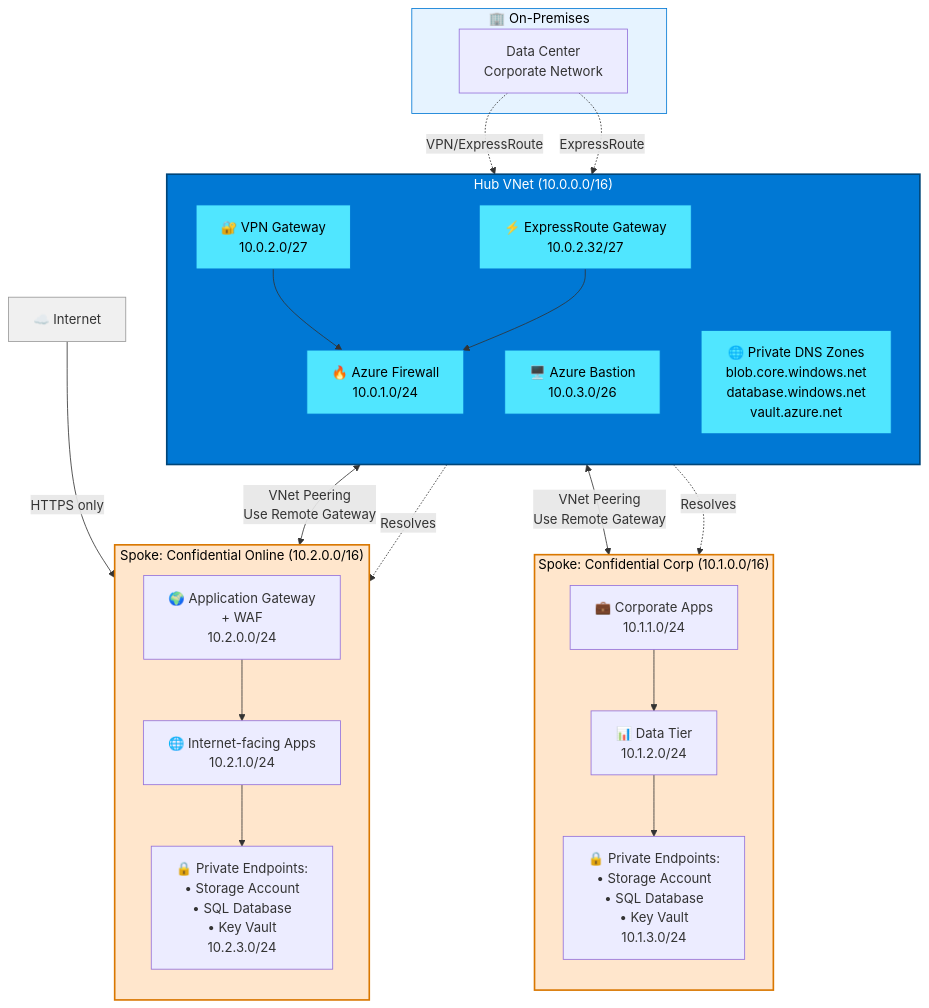
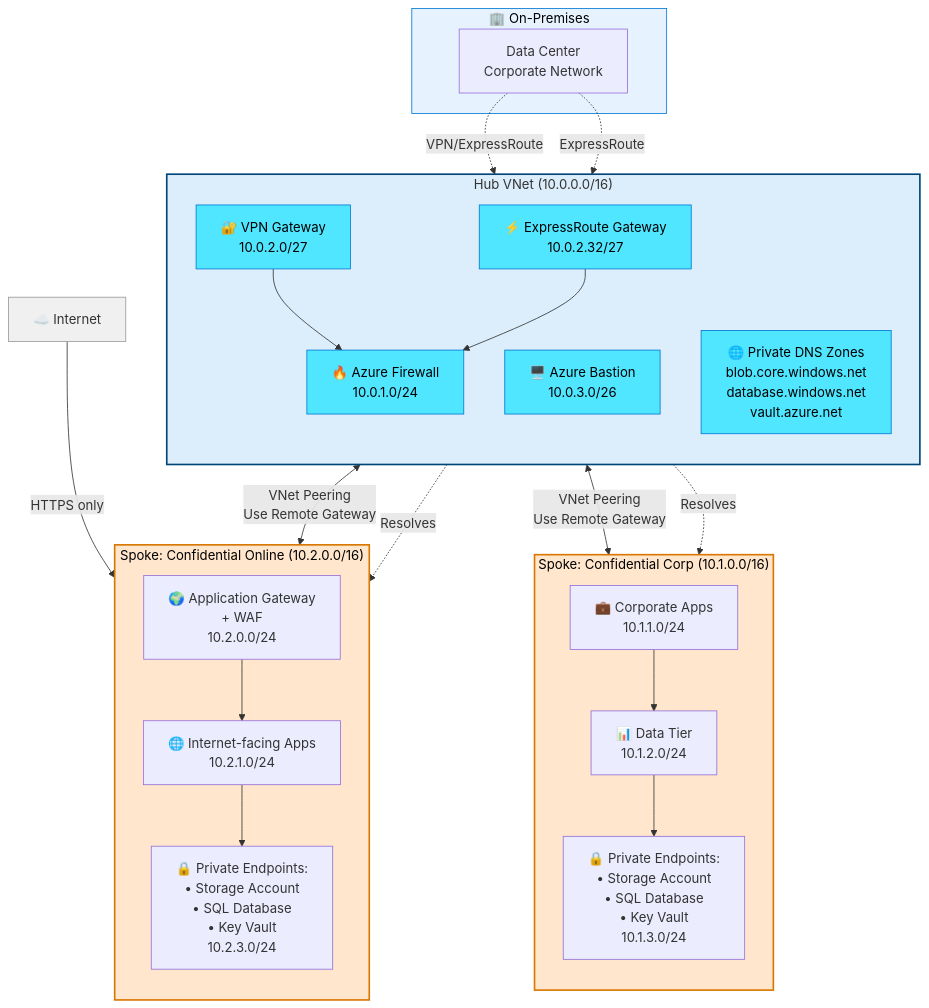
The second of 2 diagrams in docs/03-sovereignty-and-compliance/02-sovereign-landing-zone.md (EmeaAppGbb/AzureHybridContinuumCookBook), drawn with Mermaid before and after one commit. The commit also changed 28 other files, not shown here.

First line of the commit message:
Fix Mermaid diagram readability: use light pastel subgraph backgrounds

````diff
--- a/docs/03-sovereignty-and-compliance/02-sovereign-landing-zone.md
+++ b/docs/03-sovereignty-and-compliance/02-sovereign-landing-zone.md
@@ -230,62 +230,62 @@
 ```mermaid
 graph TB
     subgraph OnPrem["🏢 On-Premises"]
         DC["Data Center<br/>Corporate Network"]
     end
     
     subgraph HubVNet["Hub VNet (10.0.0.0/16)"]
         direction TB
         Firewall["🔥 Azure Firewall<br/>10.0.1.0/24"]
         VPNGw["🔐 VPN Gateway<br/>10.0.2.0/27"]
         ERGw["⚡ ExpressRoute Gateway<br/>10.0.2.32/27"]
         Bastion["🖥️ Azure Bastion<br/>10.0.3.0/26"]
         DNS["🌐 Private DNS Zones<br/>blob.core.windows.net<br/>database.windows.net<br/>vault.azure.net"]
     end
     
     subgraph SpokeConfCorp["Spoke: Confidential Corp (10.1.0.0/16)"]
         direction TB
         CorpApp["💼 Corporate Apps<br/>10.1.1.0/24"]
         CorpData["📊 Data Tier<br/>10.1.2.0/24"]
         CorpPE["🔒 Private Endpoints:<br/>• Storage Account<br/>• SQL Database<br/>• Key Vault<br/>10.1.3.0/24"]
     end
     
     subgraph SpokeConfOnline["Spoke: Confidential Online (10.2.0.0/16)"]
         direction TB
         AppGw["🌍 Application Gateway<br/>+ WAF<br/>10.2.0.0/24"]
         OnlineApp["🌐 Internet-facing Apps<br/>10.2.1.0/24"]
         OnlinePE["🔒 Private Endpoints:<br/>• Storage Account<br/>• SQL Database<br/>• Key Vault<br/>10.2.3.0/24"]
     end
     
     Internet["☁️ Internet"]
     
     DC -.->|"VPN/ExpressRoute"| VPNGw
     DC -.->|"ExpressRoute"| ERGw
     
     VPNGw --> Firewall
     ERGw --> Firewall
     
     Firewall <-->|"VNet Peering<br/>Use Remote Gateway"| CorpApp
     Firewall <-->|"VNet Peering<br/>Use Remote Gateway"| AppGw
     
     CorpApp --> CorpData
     CorpData --> CorpPE
     
     AppGw --> OnlineApp
     OnlineApp --> OnlinePE
     
     Internet -->|"HTTPS only"| AppGw
     
     DNS -.->|"Resolves"| CorpPE
     DNS -.->|"Resolves"| OnlinePE
     
-    style HubVNet fill:#0078d4,stroke:#004578,color:#fff,stroke-width:2px
+    style HubVNet fill:#dceefb,stroke:#004578,stroke-width:2px
     style SpokeConfCorp fill:#ffe6cc,stroke:#d97700,color:#000,stroke-width:2px
     style SpokeConfOnline fill:#ffe6cc,stroke:#d97700,color:#000,stroke-width:2px
     style OnPrem fill:#e6f3ff,stroke:#0078d4,color:#000
     style Internet fill:#f0f0f0,stroke:#999
     style Firewall fill:#50e6ff,stroke:#0078d4,color:#000
     style VPNGw fill:#50e6ff,stroke:#0078d4,color:#000
     style ERGw fill:#50e6ff,stroke:#0078d4,color:#000
     style Bastion fill:#50e6ff,stroke:#0078d4,color:#000
     style DNS fill:#50e6ff,stroke:#0078d4,color:#000
 ```
````
